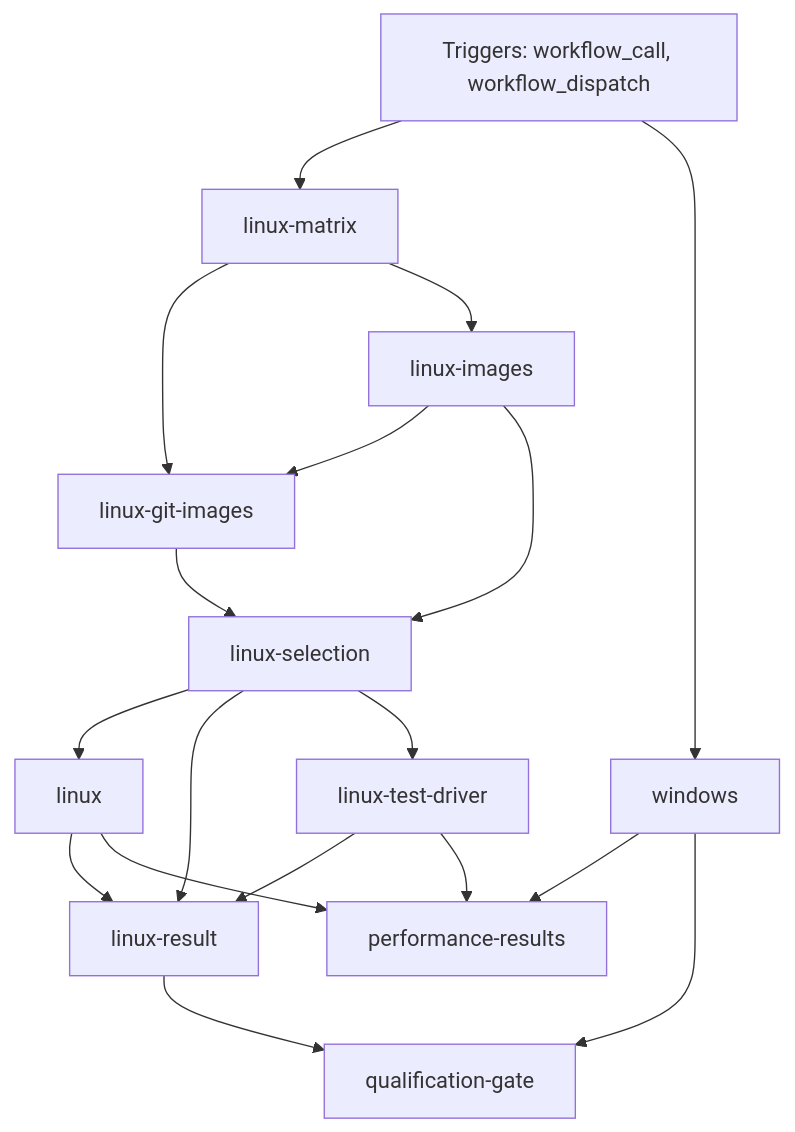
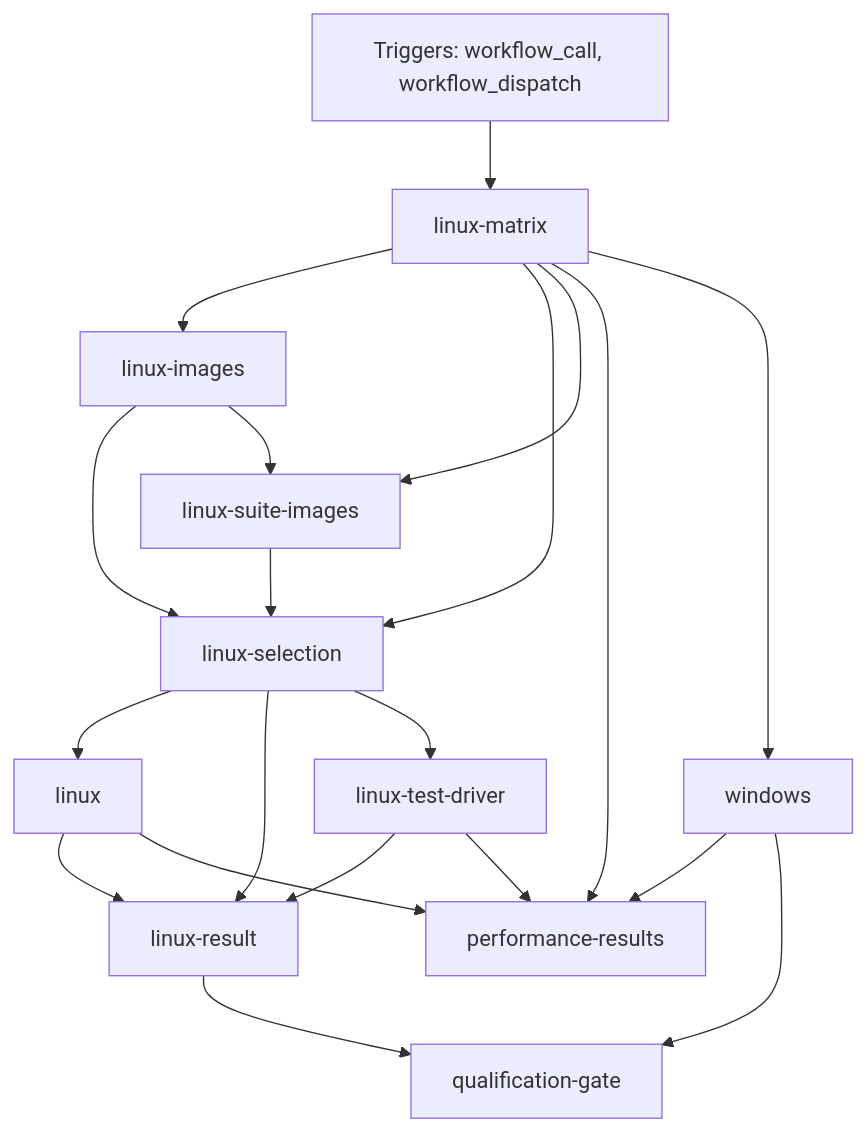
One commit to FrenchExDev2/QuietCli.PoSh changed the diagram in docs/ci/github/script-ci.md. Above: the diagram before and after it, drawn with Mermaid. The commit also changed other lines of this file and 45 other files, not shown here.

```diff
--- a/docs/ci/github/script-ci.md
+++ b/docs/ci/github/script-ci.md
@@ -23,31 +26,33 @@
 ~~~mermaid
 flowchart TD
     event["Triggers: workflow_call, workflow_dispatch"]
     job_linux["linux"]
-    job_linux_git_images["linux-git-images"]
     job_linux_images["linux-images"]
     job_linux_matrix["linux-matrix"]
     job_linux_result["linux-result"]
     job_linux_selection["linux-selection"]
+    job_linux_suite_images["linux-suite-images"]
     job_linux_test_driver["linux-test-driver"]
     job_performance_results["performance-results"]
     job_qualification_gate["qualification-gate"]
     job_windows["windows"]
     job_linux_selection --> job_linux
-    job_linux_matrix --> job_linux_git_images
-    job_linux_images --> job_linux_git_images
     job_linux_matrix --> job_linux_images
     event --> job_linux_matrix
     job_linux_selection --> job_linux_result
     job_linux --> job_linux_result
     job_linux_test_driver --> job_linux_result
+    job_linux_matrix --> job_linux_selection
     job_linux_images --> job_linux_selection
-    job_linux_git_images --> job_linux_selection
+    job_linux_suite_images --> job_linux_selection
+    job_linux_matrix --> job_linux_suite_images
+    job_linux_images --> job_linux_suite_images
     job_linux_selection --> job_linux_test_driver
+    job_linux_matrix --> job_performance_results
     job_windows --> job_performance_results
     job_linux --> job_performance_results
     job_linux_test_driver --> job_performance_results
     job_windows --> job_qualification_gate
     job_linux_result --> job_qualification_gate
-    event --> job_windows
+    job_linux_matrix --> job_windows
 ~~~
```
